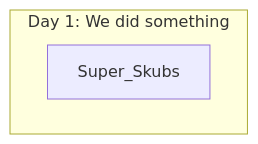
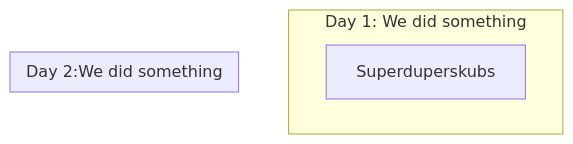
The second of 2 diagrams in _posts/Foundation/B-tools_and_equipment/2025-11-21-tools_quest.md (rsharma5128/student), drawn with Mermaid before and after one commit.

Commit message:
experimenting adding extra boxes

````diff
--- a/_posts/Foundation/B-tools_and_equipment/2025-11-21-tools_quest.md
+++ b/_posts/Foundation/B-tools_and_equipment/2025-11-21-tools_quest.md
@@ -59,7 +59,9 @@
 ```mermaid
 flowchart TD
     subgraph Day_1[Day 1: We did something]
-        A[Super_Skubs]:::dayuno
-    
+        A[Super_Skubs]:::dayuno 
+end
+    subgraph Day_2[Day 2:We did something]
+        A[Superduperskubs]:::daydos
 end
 ```
````
